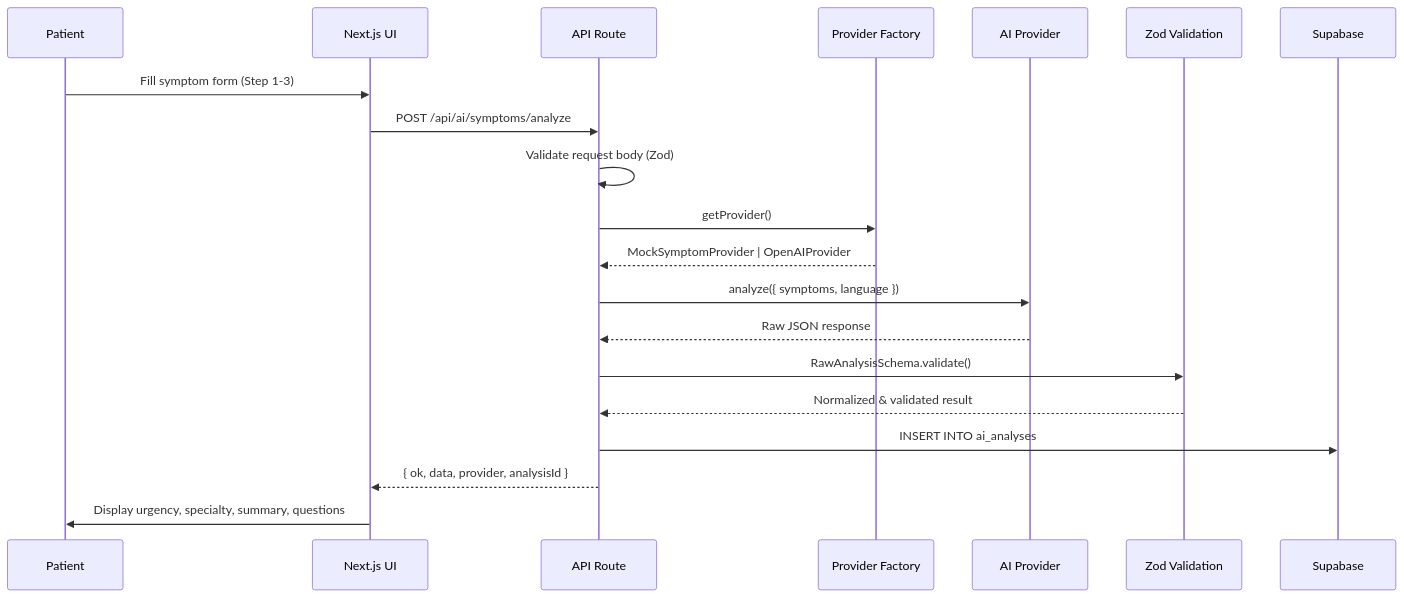
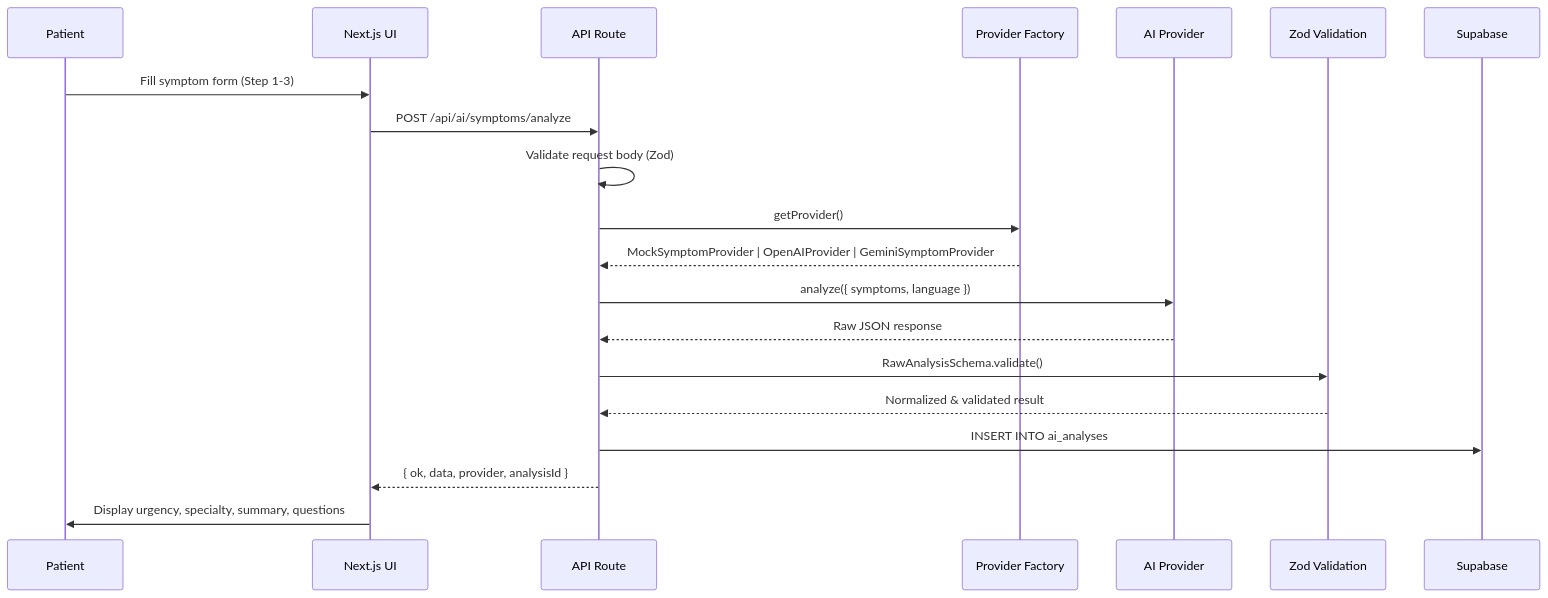
Before and after one commit to shreyad2806/careflow-ai: the second of 7 diagrams in careflow-ai/docs/ARCHITECTURE.md, drawn with Mermaid. The commit also changed other lines of this file and 11 other files, not shown here.

````diff
--- a/careflow-ai/docs/ARCHITECTURE.md
+++ b/careflow-ai/docs/ARCHITECTURE.md
@@ -56,23 +58,23 @@
 ```mermaid
 sequenceDiagram
     participant Patient
     participant UI as Next.js UI
     participant Route as API Route
     participant Factory as Provider Factory
     participant Provider as AI Provider
     participant Schema as Zod Validation
     participant DB as Supabase
 
     Patient->>UI: Fill symptom form (Step 1-3)
     UI->>Route: POST /api/ai/symptoms/analyze
     Route->>Route: Validate request body (Zod)
     Route->>Factory: getProvider()
-    Factory-->>Route: MockSymptomProvider | OpenAIProvider
+    Factory-->>Route: MockSymptomProvider | OpenAIProvider | GeminiSymptomProvider
     Route->>Provider: analyze({ symptoms, language })
     Provider-->>Route: Raw JSON response
     Route->>Schema: RawAnalysisSchema.validate()
     Schema-->>Route: Normalized & validated result
     Route->>DB: INSERT INTO ai_analyses
     Route-->>UI: { ok, data, provider, analysisId }
     UI->>Patient: Display urgency, specialty, summary, questions
 ```
````
